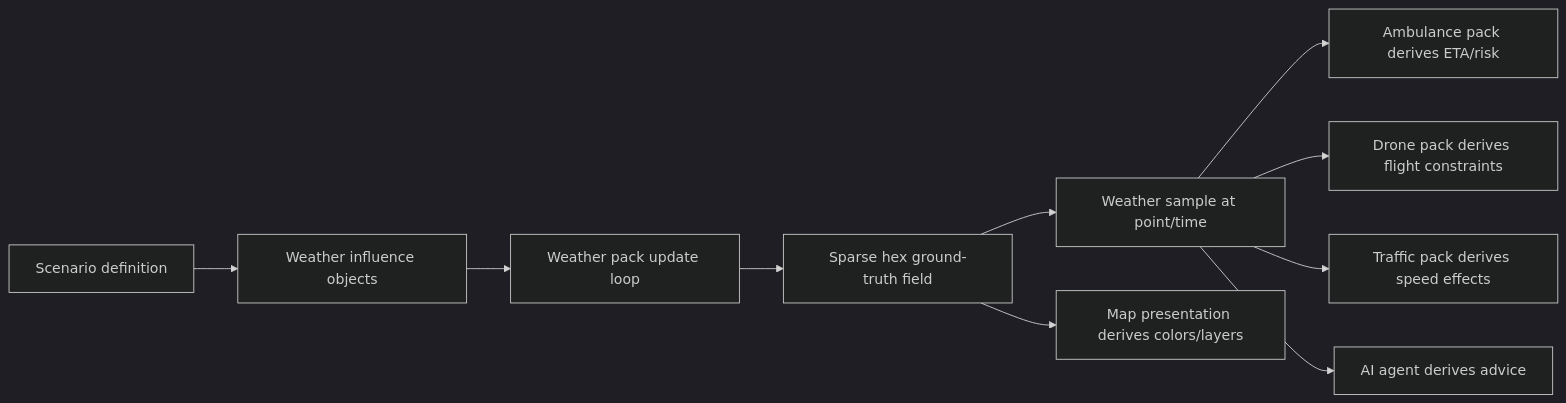
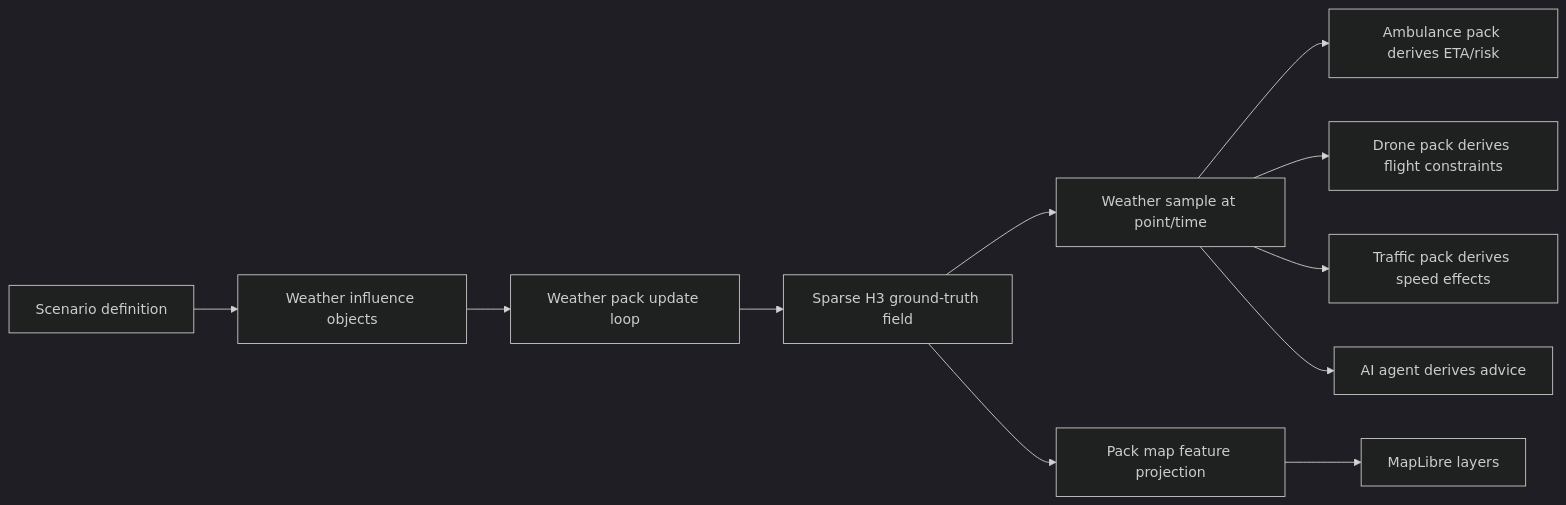
One commit to samsinn-wikis/leitbild changed the first of 2 diagrams in wiki/domains/weather.md. Above: the diagram before and after it, drawn with Mermaid (dark theme). The commit also changed other lines of this file and 2 other files, not shown here.

Commit message:
Document H3 weather architecture

````diff
--- a/wiki/domains/weather.md
+++ b/wiki/domains/weather.md
@@ -62,12 +60,13 @@
 ```mermaid
 graph LR
   Scenario["Scenario definition"] --> WeatherObjects["Weather influence objects"]
   WeatherObjects --> WeatherPack["Weather pack update loop"]
-  WeatherPack --> HexField["Sparse hex ground-truth field"]
-  HexField --> Query["Weather sample at point/time"]
+  WeatherPack --> H3Field["Sparse H3 ground-truth field"]
+  H3Field --> Query["Weather sample at point/time"]
   Query --> Ambulance["Ambulance pack derives ETA/risk"]
   Query --> Drone["Drone pack derives flight constraints"]
   Query --> Traffic["Traffic pack derives speed effects"]
   Query --> Agent["AI agent derives advice"]
-  HexField --> Map["Map presentation derives colors/layers"]
+  H3Field --> Projection["Pack map feature projection"]
+  Projection --> Map["MapLibre layers"]
 ```
````
